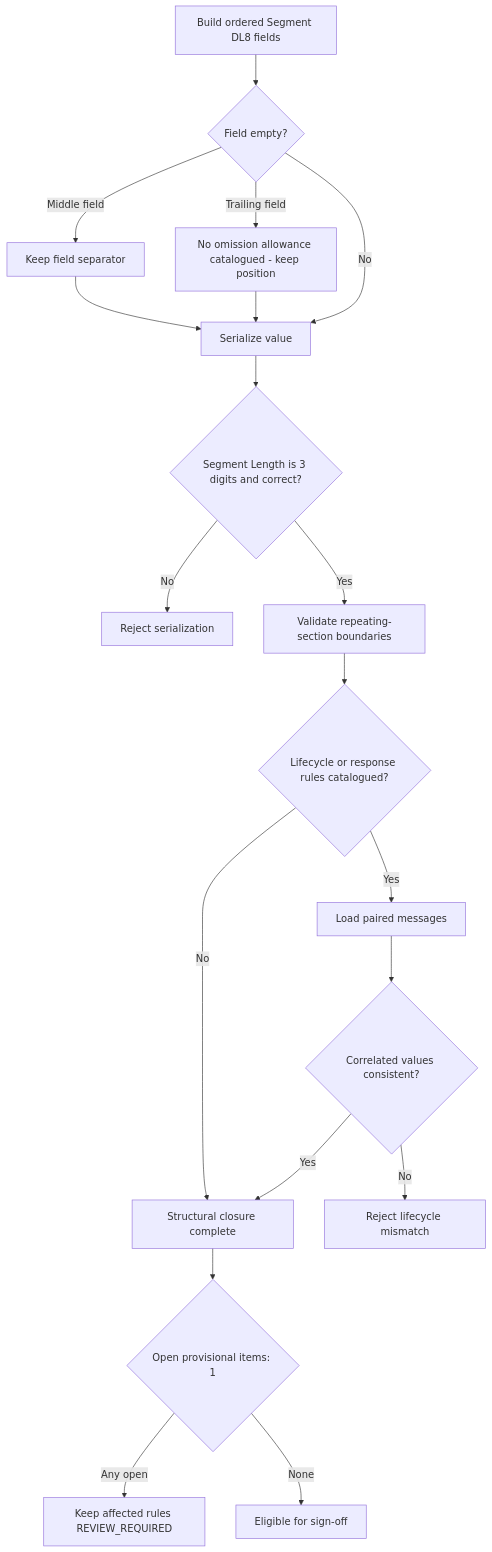
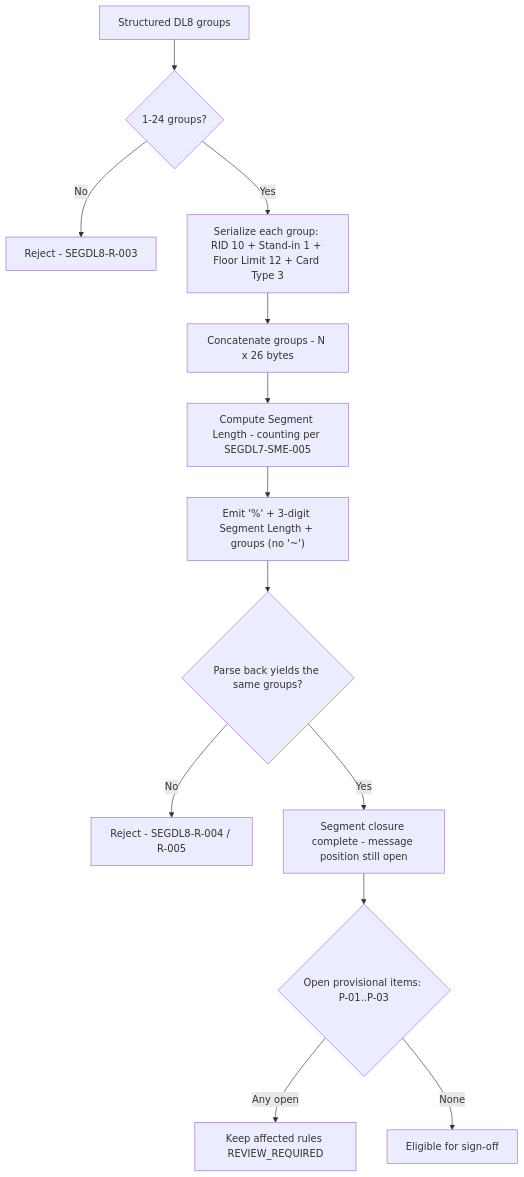
The diagram in regression-artifact-validator/specifications/ATL105/docs/specs/kb/segment-DL8/final-closure-flow.md (DhanSingh-hub/core-auth-ai-validation-framework), drawn with Mermaid before and after one commit. The commit also changed other lines of this file and 28 other files, not shown here.

First line of the commit message:
docs(segment-DL8): retrain KB module against Segment 100 and the 12.49 EMV floor-limit layout

````diff
--- a/regression-artifact-validator/specifications/ATL105/docs/specs/kb/segment-DL8/final-closure-flow.md
+++ b/regression-artifact-validator/specifications/ATL105/docs/specs/kb/segment-DL8/final-closure-flow.md
@@ -3,22 +3,15 @@
 ```mermaid
 flowchart TD
-    A[Build ordered Segment DL8 fields] --> B{Field empty?}
-    B -->|Middle field| C[Keep field separator]
-    B -->|Trailing field| D[No omission allowance catalogued - keep position]
-    C --> F
-    D --> F
-    B -->|No| F[Serialize value]
-    F --> G{Segment Length is 3 digits and correct?}
-    G -->|No| X1[Reject serialization]
-    G -->|Yes| H[Validate repeating-section boundaries]
-    H --> I
-    I{Lifecycle or response rules catalogued?}
-    I -->|No| Z[Structural closure complete]
-    I -->|Yes| J[Load paired messages]
-    J --> K{Correlated values consistent?}
-    K -->|No| X2[Reject lifecycle mismatch]
-    K -->|Yes| Z
-    Z --> P{Open provisional items: 1}
+    A[Structured DL8 groups] --> B{1-24 groups?}
+    B -->|No| X1[Reject - SEGDL8-R-003]
+    B -->|Yes| C[Serialize each group: RID 10 + Stand-in 1 + Floor Limit 12 + Card Type 3]
+    C --> D[Concatenate groups - N x 26 bytes]
+    D --> E[Compute Segment Length - counting per SEGDL7-SME-005]
+    E --> F["Emit '%' + 3-digit Segment Length + groups (no '~')"]
+    F --> G{Parse back yields the same groups?}
+    G -->|No| X2[Reject - SEGDL8-R-004 / R-005]
+    G -->|Yes| Z[Segment closure complete - message position still open]
+    Z --> P{Open provisional items: P-01..P-03}
     P -->|Any open| R[Keep affected rules REVIEW_REQUIRED]
     P -->|None| S[Eligible for sign-off]
 ```
````
